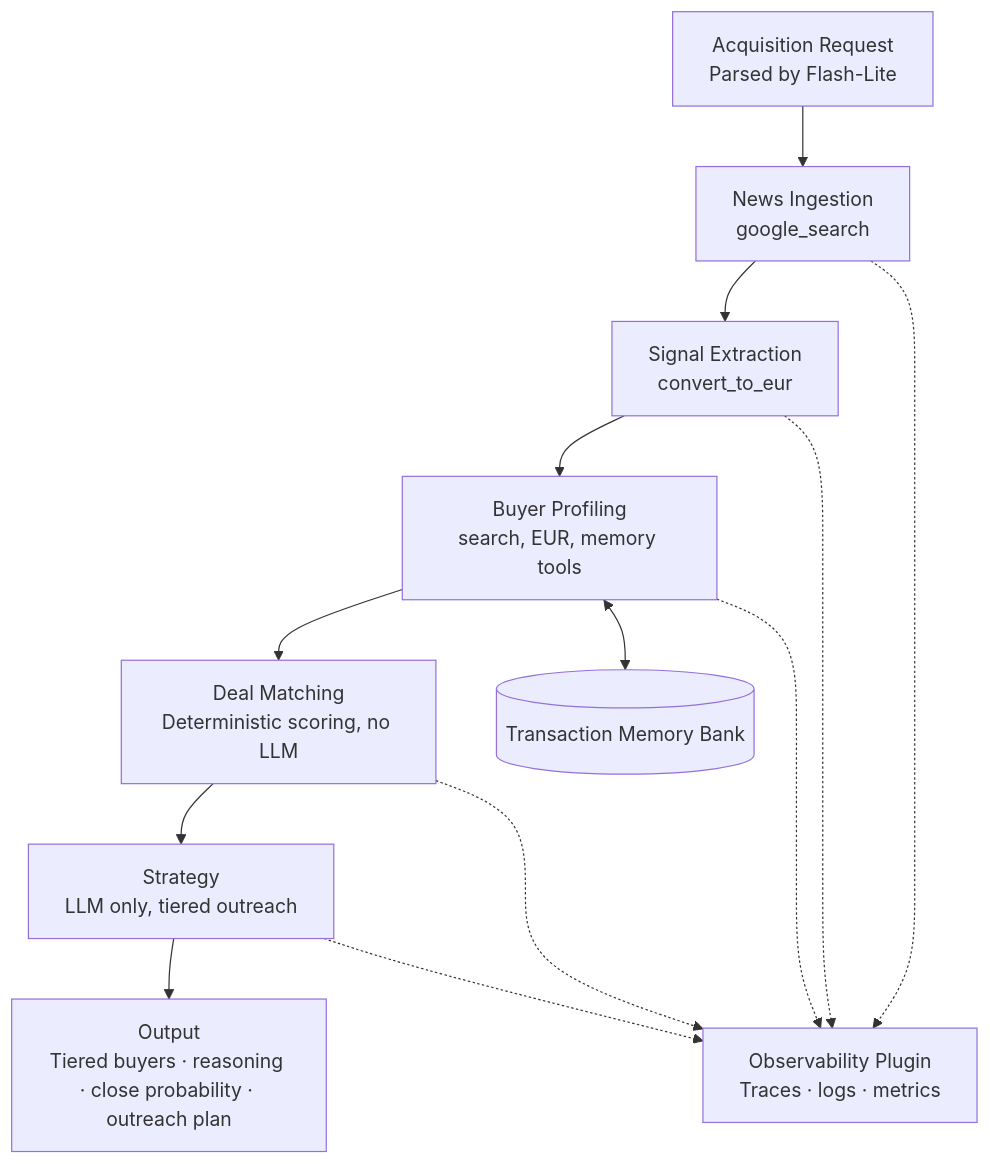
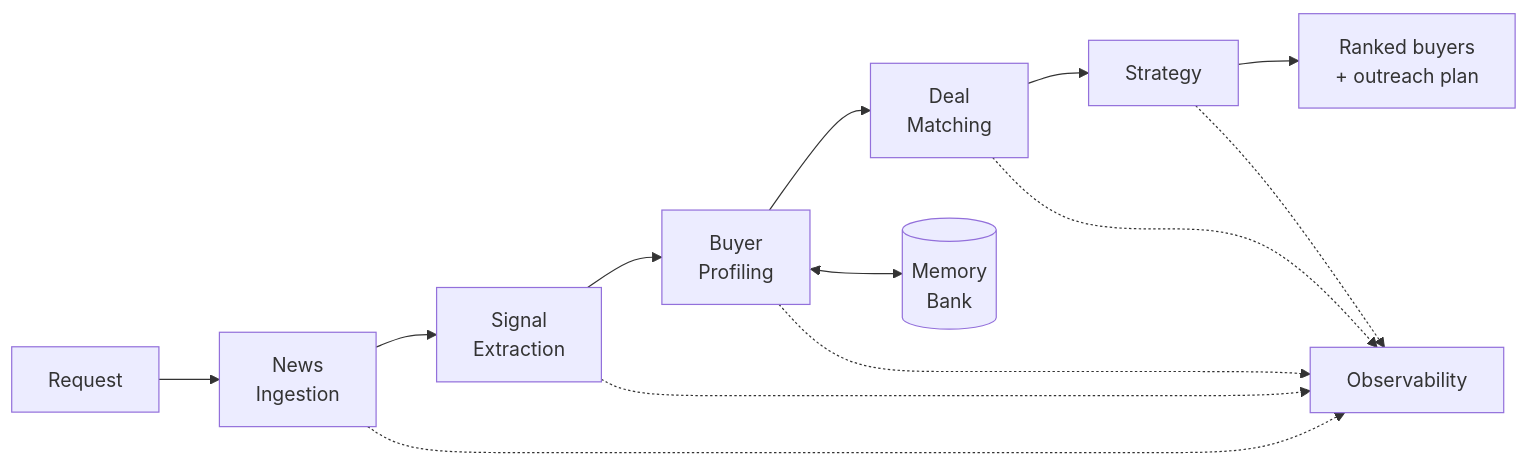
One commit to ol1ak5/ma-signal-intelligence-engine changed the diagram in README.md. Above: the diagram before and after it, drawn with Mermaid. The commit also changed other lines of this file, not shown here.

First line of the commit message:
Make README diagram horizontal and drop example terminal output

````diff
--- a/README.md
+++ b/README.md
@@ -15,17 +15,17 @@
 ```mermaid
-flowchart TD
-    INPUT["Acquisition Request<br>Parsed by Flash-Lite"]
-    A["News Ingestion<br>google_search"]
-    B["Signal Extraction<br>convert_to_eur"]
-    C["Buyer Profiling<br>search, EUR, memory tools"]
-    D["Deal Matching<br>Deterministic scoring, no LLM"]
-    E["Strategy<br>LLM only, tiered outreach"]
-    OUTPUT["Output<br>Tiered buyers · reasoning · close probability · outreach plan"]
+flowchart LR
+    INPUT["Request"]
+    A["News<br>Ingestion"]
+    B["Signal<br>Extraction"]
+    C["Buyer<br>Profiling"]
+    D["Deal<br>Matching"]
+    E["Strategy"]
+    OUTPUT["Ranked buyers<br>+ outreach plan"]
 
-    MEM[("Transaction Memory Bank")]
-    OBS["Observability Plugin<br>Traces · logs · metrics"]
+    MEM[("Memory<br>Bank")]
+    OBS["Observability"]
 
     INPUT --> A --> B --> C --> D --> E --> OUTPUT
     C <--> MEM
     A & B & C & D & E -.-> OBS
 ```
````
